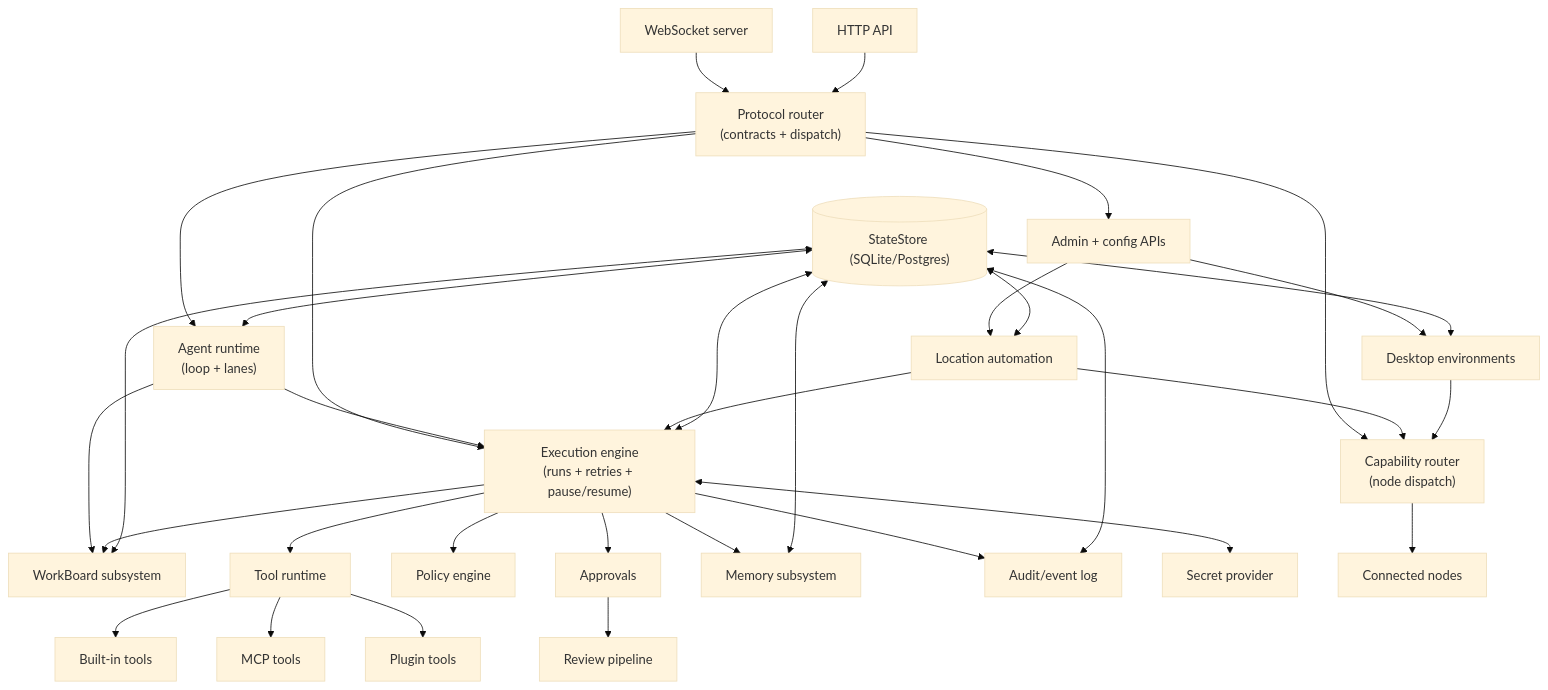
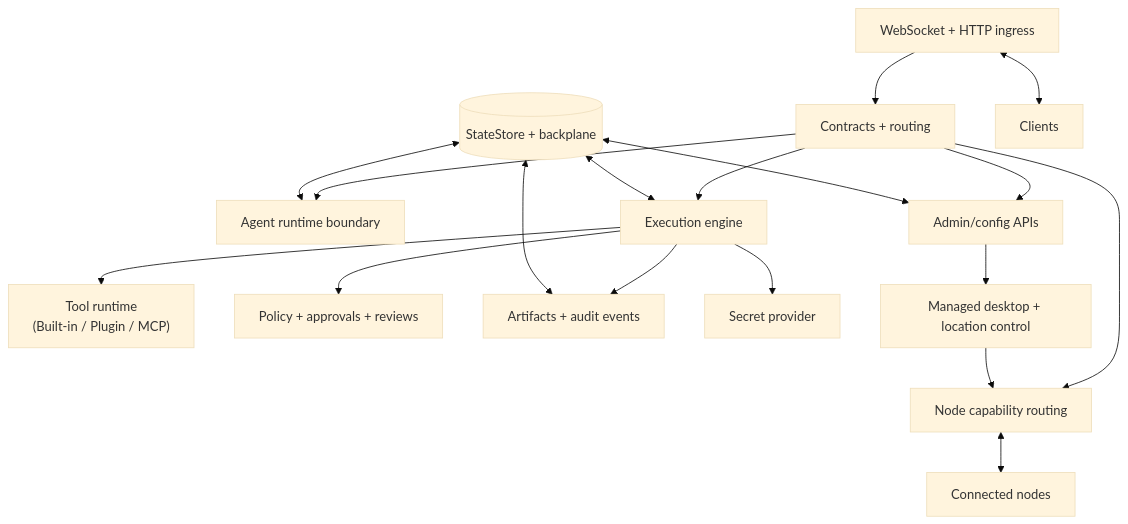
Before and after one commit to tyrumai/tyrum: the diagram in docs/architecture/gateway/index.md, drawn with Mermaid (base theme). The commit also changed other lines of this file and 23 other files, not shown here.

First line of the commit message:
docs: rewrite architecture docs phase 1

````diff
--- a/docs/architecture/gateway/index.md
+++ b/docs/architecture/gateway/index.md
@@ -40,40 +13,25 @@
 ```mermaid
 flowchart TB
-  WS["WebSocket server"] --> PROTO["Protocol router<br/>(contracts + dispatch)"]
-  HTTP["HTTP API"] --> PROTO
+  WS["WebSocket + HTTP ingress"] --> ROUTER["Contracts + routing"]
 
-  PROTO --> AG["Agent runtime<br/>(loop + lanes)"]
-  PROTO --> ENG["Execution engine<br/>(runs + retries + pause/resume)"]
-  PROTO --> CAP["Capability router<br/>(node dispatch)"]
-  PROTO --> ADMIN["Admin + config APIs"]
+  ROUTER --> AGENT["Agent runtime boundary"]
+  ROUTER --> ENGINE["Execution engine"]
+  ROUTER --> NODE["Node capability routing"]
+  ROUTER --> ADMIN["Admin/config APIs"]
 
-  AG --> ENG
-  AG --> WORK["WorkBoard subsystem"]
-  ENG --> TOOLS["Tool runtime"]
-  TOOLS --> BUILTIN["Built-in tools"]
-  TOOLS --> MCP["MCP tools"]
-  TOOLS --> PLUGTOOLS["Plugin tools"]
+  ENGINE --> TOOLS["Tool runtime<br/>(Built-in / Plugin / MCP)"]
+  ENGINE --> POLICY["Policy + approvals + reviews"]
+  ENGINE --> ART["Artifacts + audit events"]
+  ENGINE --> SECRETS["Secret provider"]
 
-  ENG --> POLICY["Policy engine"]
-  ENG --> APPR["Approvals"]
-  APPR --> REVIEW["Review pipeline"]
-  ENG --> WORK
-  ENG --> MEM["Memory subsystem"]
-  ENG --> AUDIT["Audit/event log"]
-  ENG <--> SECRETS["Secret provider"]
-  ADMIN --> DESK["Desktop environments"]
-  ADMIN --> LOC["Location automation"]
-  LOC --> ENG
-  LOC --> CAP
-  DESK --> CAP
+  ADMIN --> DESK["Managed desktop + location control"]
+  DESK --> NODE
 
-  DB[("StateStore (SQLite/Postgres)")] <--> MEM
-  DB <--> WORK
-  DB <--> AUDIT
-  DB <--> AG
-  DB <--> ENG
-  DB <--> DESK
-  DB <--> LOC
+  DB[("StateStore + backplane")] <--> AGENT
+  DB <--> ENGINE
+  DB <--> ART
+  DB <--> ADMIN
 
-  CAP --> NODES["Connected nodes"]
+  NODE <--> PEERS["Connected nodes"]
+  WS <--> CLIENTS["Clients"]
 ```
````
